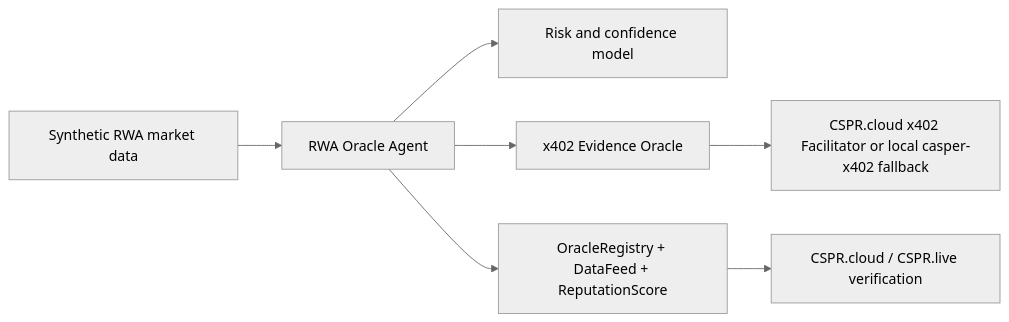
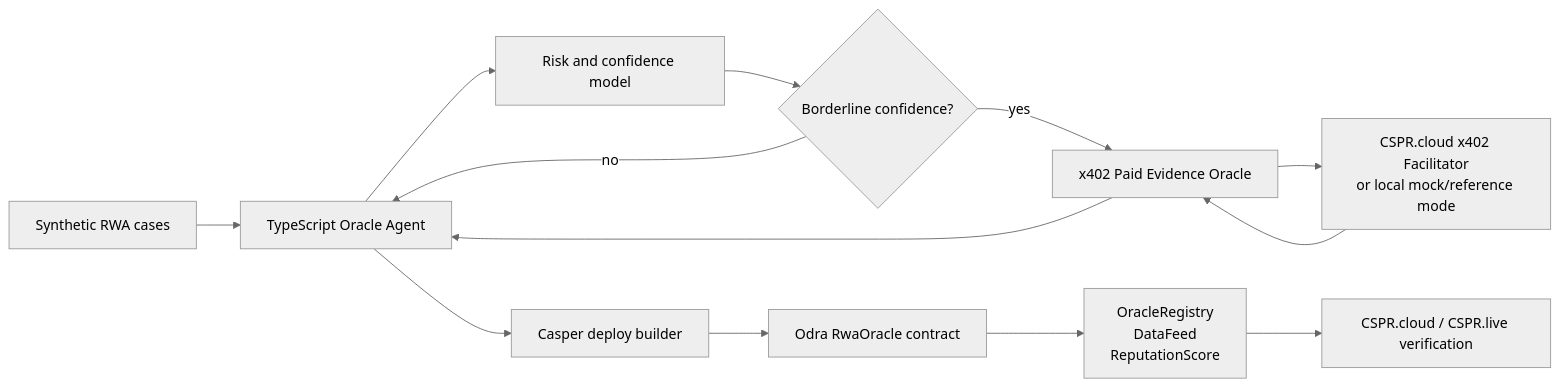
The diagram in README.md (wangyichang-studo/casper-rwa-oracle-agent), drawn with Mermaid (neutral theme) before and after one commit. The commit also changed other lines of this file and 13 other files, not shown here.

````diff
--- a/README.md
+++ b/README.md
@@ -22,9 +13,15 @@
 ```mermaid
 flowchart LR
-  CaseData["Synthetic RWA market data"] --> Agent["RWA Oracle Agent"]
-  Agent --> Policy["Risk and confidence model"]
-  Agent --> Oracle["x402 Evidence Oracle"]
-  Oracle --> Facilitator["CSPR.cloud x402 Facilitator or local casper-x402 fallback"]
-  Agent --> Contract["OracleRegistry + DataFeed + ReputationScore"]
-  Contract --> Explorer["CSPR.cloud / CSPR.live verification"]
+  Cases["Synthetic RWA cases"] --> Agent["TypeScript Oracle Agent"]
+  Agent --> Risk["Risk and confidence model"]
+  Risk --> X402{"Borderline confidence?"}
+  X402 -->|"yes"| Oracle["x402 Paid Evidence Oracle"]
+  Oracle --> Facilitator["CSPR.cloud x402 Facilitator<br/>or local mock/reference mode"]
+  Facilitator --> Oracle
+  Oracle --> Agent
+  X402 -->|"no"| Agent
+  Agent --> Publisher["Casper deploy builder"]
+  Publisher --> Contract["Odra RwaOracle contract"]
+  Contract --> State["OracleRegistry<br/>DataFeed<br/>ReputationScore"]
+  State --> Explorer["CSPR.cloud / CSPR.live verification"]
 ```
````
